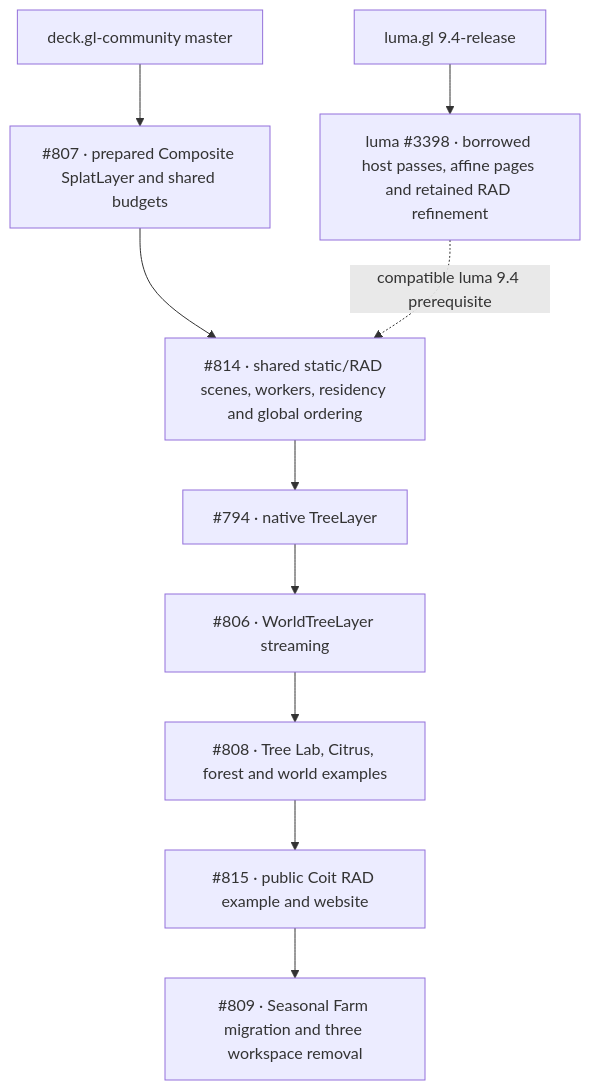
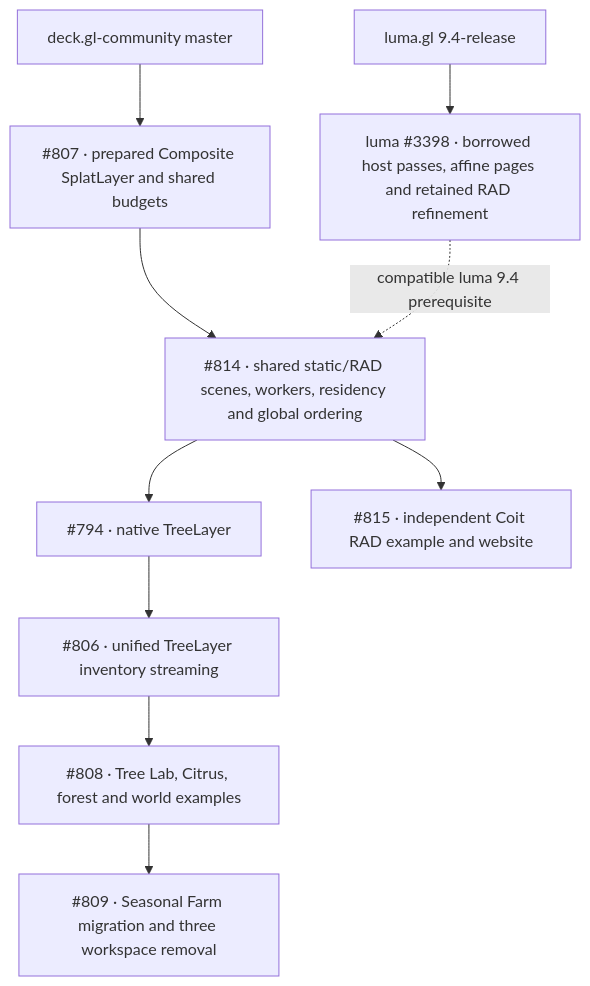
Before and after one commit to visgl/deck.gl-community: the diagram in dev/tree-splat-stack.md, drawn with Mermaid. The commit also changed other lines of this file and 2 other files, not shown here.

Commit message:
Record independent Coit and unified TreeLayer stack architecture

````diff
--- a/dev/tree-splat-stack.md
+++ b/dev/tree-splat-stack.md
@@ -6,20 +6,20 @@
 ```mermaid
 flowchart TD
   L["luma.gl 9.4-release"] --> H["luma #3398 · borrowed host passes, affine pages and retained RAD refinement"]
   M["deck.gl-community master"] --> P807["#807 · prepared Composite SplatLayer and shared budgets"]
   P807 --> P814["#814 · shared static/RAD scenes, workers, residency and global ordering"]
   H -. "compatible luma 9.4 prerequisite" .-> P814
   P814 --> P794["#794 · native TreeLayer"]
-  P794 --> P806["#806 · WorldTreeLayer streaming"]
+  P794 --> P806["#806 · unified TreeLayer inventory streaming"]
   P806 --> P808["#808 · Tree Lab, Citrus, forest and world examples"]
-  P808 --> P815["#815 · public Coit RAD example and website"]
-  P815 --> P809["#809 · Seasonal Farm migration and three workspace removal"]
+  P814 --> P815["#815 · independent Coit RAD example and website"]
+  P808 --> P809["#809 · Seasonal Farm migration and three workspace removal"]
   click H "https://github.com/visgl/luma.gl/pull/3398"
   click P807 "https://github.com/visgl/deck.gl-community/pull/807"
   click P814 "https://github.com/visgl/deck.gl-community/pull/814"
   click P794 "https://github.com/visgl/deck.gl-community/pull/794"
   click P806 "https://github.com/visgl/deck.gl-community/pull/806"
   click P808 "https://github.com/visgl/deck.gl-community/pull/808"
   click P815 "https://github.com/visgl/deck.gl-community/pull/815"
   click P809 "https://github.com/visgl/deck.gl-community/pull/809"
 ```
````
